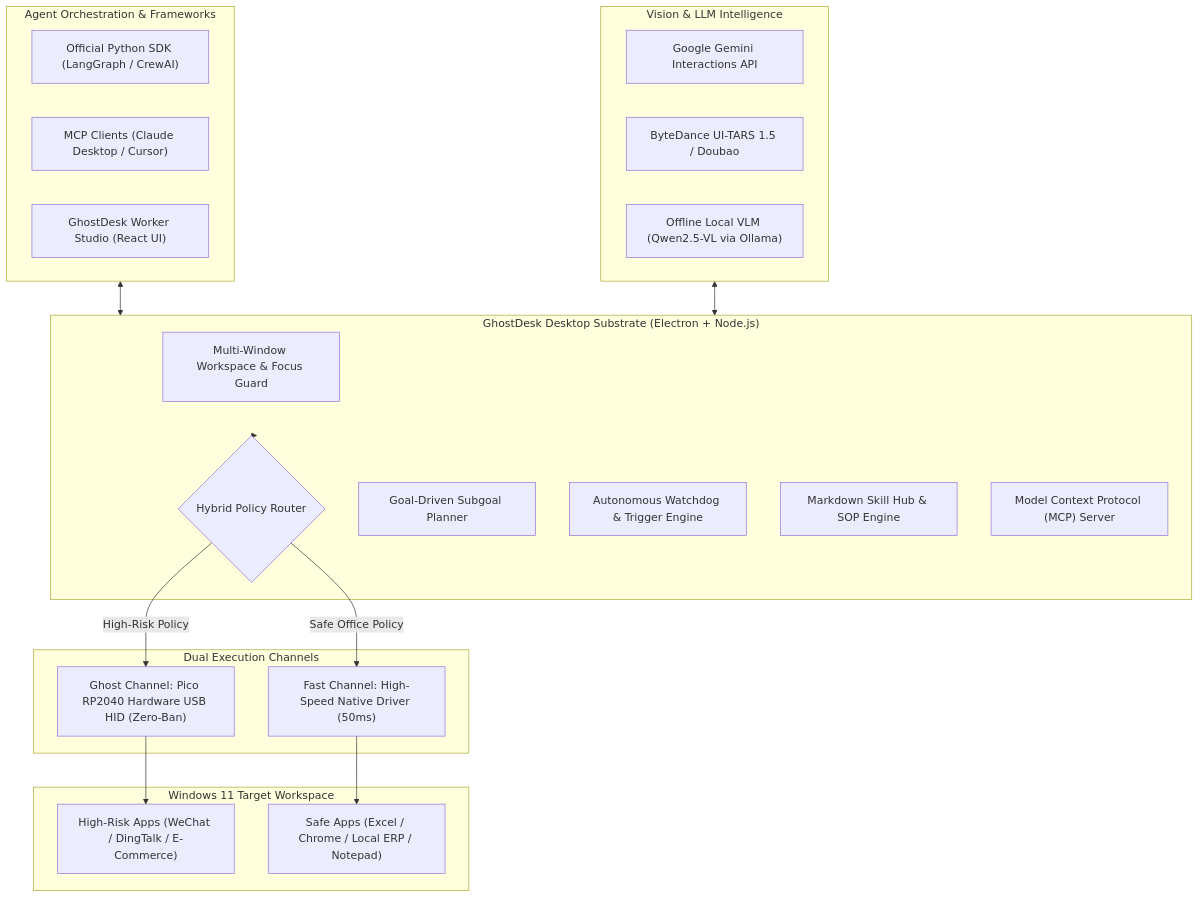
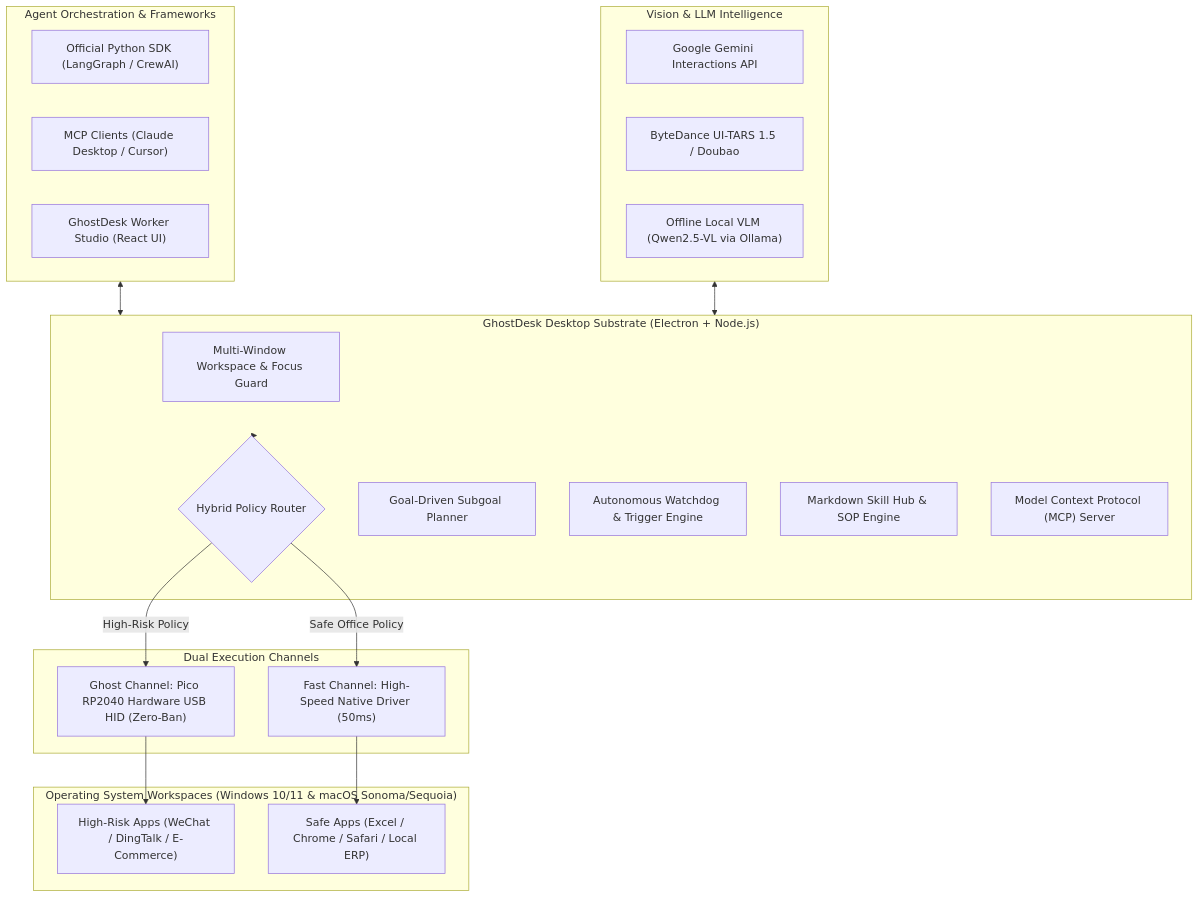
Before and after one commit to AIMarshallLee/GhostDesk: the diagram in README_EN.md, drawn with Mermaid. The commit also changed other lines of this file and 2 other files, not shown here.

Commit message:
docs(macos): highlight full native macOS support, Apple Silicon compatibility, and configuration guide

````diff
--- a/README_EN.md
+++ b/README_EN.md
@@ -42,41 +42,41 @@
 ```mermaid
 graph TD
     subgraph Agent_Ecosystem ["Agent Orchestration & Frameworks"]
         PY["Official Python SDK (LangGraph / CrewAI)"]
         MCP_CLIENT["MCP Clients (Claude Desktop / Cursor)"]
         STUDIO["GhostDesk Worker Studio (React UI)"]
     end
 
     subgraph Vision_Brains ["Vision & LLM Intelligence"]
         GEMINI["Google Gemini Interactions API"]
         UITARS["ByteDance UI-TARS 1.5 / Doubao"]
         LOCAL_VLM["Offline Local VLM (Qwen2.5-VL via Ollama)"]
     end
 
     subgraph Core_Substrate ["GhostDesk Desktop Substrate (Electron + Node.js)"]
         WM["Multi-Window Workspace & Focus Guard"]
         PR{"Hybrid Policy Router"}
         PLANNER["Goal-Driven Subgoal Planner"]
         WATCHDOG["Autonomous Watchdog & Trigger Engine"]
         SKILL_HUB["Markdown Skill Hub & SOP Engine"]
         MCP_SERVER["Model Context Protocol (MCP) Server"]
     end
 
     subgraph Execution_Channels ["Dual Execution Channels"]
         PICO["Ghost Channel: Pico RP2040 Hardware USB HID (Zero-Ban)"]
         FAST["Fast Channel: High-Speed Native Driver (50ms)"]
     end
 
-    subgraph Target_OS ["Windows 11 Target Workspace"]
+    subgraph Target_OS ["Operating System Workspaces (Windows 10/11 & macOS Sonoma/Sequoia)"]
         SENSITIVE["High-Risk Apps (WeChat / DingTalk / E-Commerce)"]
-        OFFICE["Safe Apps (Excel / Chrome / Local ERP / Notepad)"]
+        OFFICE["Safe Apps (Excel / Chrome / Safari / Local ERP)"]
     end
 
     Agent_Ecosystem <--> Core_Substrate
     Vision_Brains <--> Core_Substrate
     Core_Substrate --> PR
     PR -->|"High-Risk Policy"| PICO
     PR -->|"Safe Office Policy"| FAST
     PICO --> SENSITIVE
     FAST --> OFFICE
 ```
````
